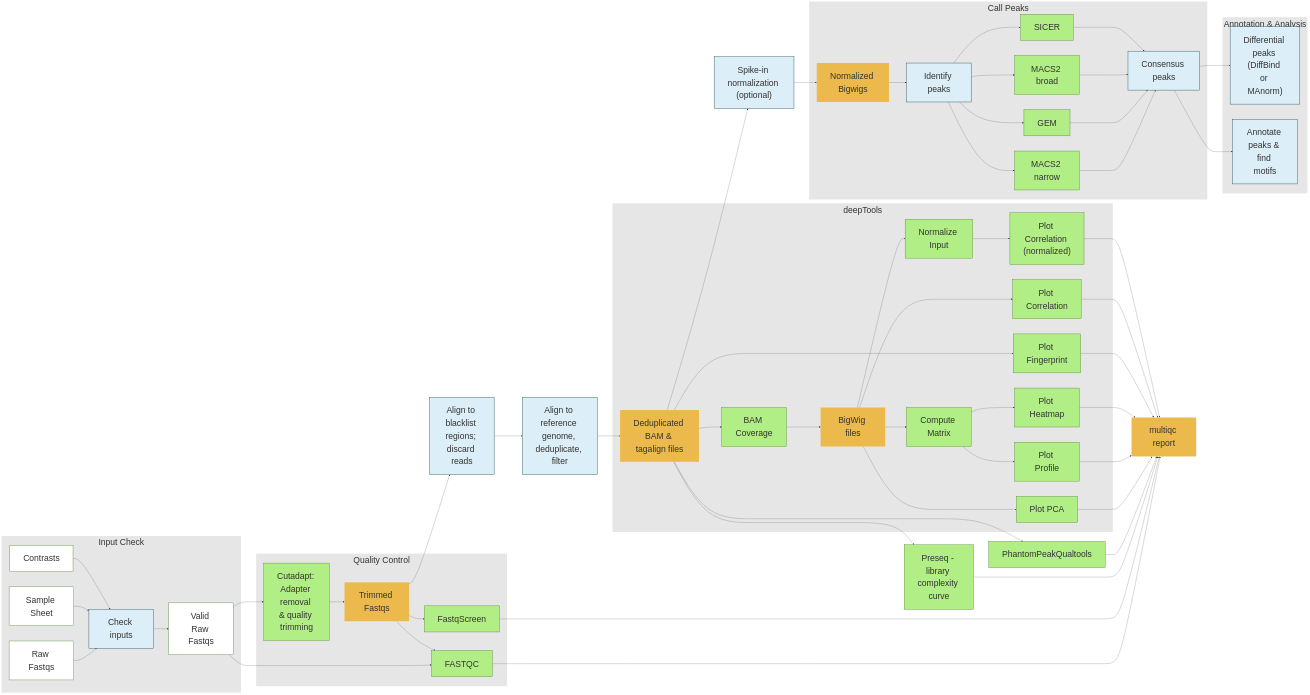
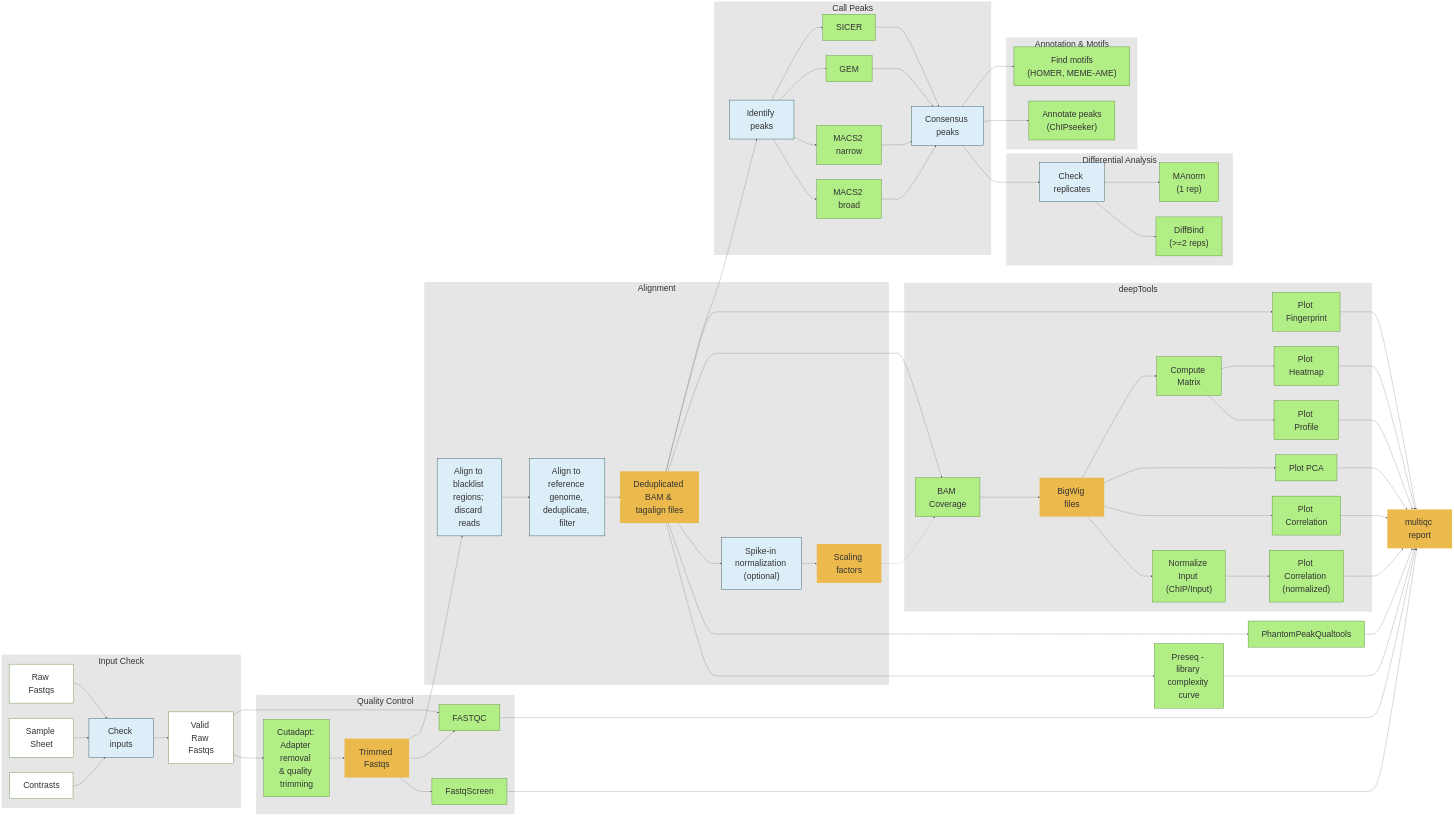
The diagram in docs/diagram/workflow.mermaid (CCBR/CHAMPAGNE), drawn with Mermaid before and after one commit. The commit also changed 3 other files, not shown here.

Commit message:
docs: update diagram details

```diff
--- a/docs/diagram/workflow.mermaid
+++ b/docs/diagram/workflow.mermaid
@@ -1,102 +1,115 @@
 flowchart LR
 
 %%{init: {
   "themeVariables": {
      "background": "transparent",
      "fontSize": "45px" },
   "flowchart": {
     "nodeSpacing": 80,
     "rankSpacing": 80,
     "padding": 35,
     "htmlLabels": true
 }}}%%
 
   %% Input
-  subgraph INPUT["Input Check"]
+  subgraph INPUT["<span style='white-space:nowrap'>Input Check</span>"]
     Raw["Raw Fastqs"]:::input
     Raw --> Check["Check inputs"]:::process
     Samplesheet["Sample Sheet"]:::input --> Check
     Contrasts:::input --> Check
     Check --> valid_raw["Valid Raw Fastqs"]:::input
   end
 
 
   %% Quality Control
-  subgraph QC["Quality Control"]
+  subgraph QC["<span style='white-space:nowrap'>Quality Control</span>"]
     valid_raw --> Trimming["Cutadapt: Adapter removal & quality trimming"]:::tool
     Trimming --> Trimmed["Trimmed Fastqs"]:::output
     Trimmed --> fqscreen["FastqScreen"]:::tool
     valid_raw --> fqc["FASTQC"]:::tool
     Trimmed --> fqc
   end
-  fqc --> MultiQC["multiqc report"]:::output
-  fqscreen --> MultiQC
+
+%% make sure MultiQC is outside any subgraph
+fqc --> MultiQC["multiqc report"]:::output
+fqscreen --> MultiQC
+
+%% Library & Complexity Assessment
+BAMs --> preseq["Preseq - library complexity curve"]:::tool
+BAMs --> ppqt["PhantomPeakQualtools"]:::tool
+preseq ---> MultiQC
+ppqt --> MultiQC
 
   %% Alignment
-  Trimmed --> Blacklist["Align to blacklist regions; discard reads"]:::process
-  Blacklist --> Align["Align to reference genome, deduplicate, filter"]:::process
-  Align --> BAMs["Deduplicated BAM & tagalign files"]:::output
+  subgraph ALIGNMENT["Alignment"]
+    Trimmed --> Blacklist["Align to blacklist regions; discard reads"]:::process
+    Blacklist --> Align["Align to reference genome, deduplicate, filter"]:::process
+    Align --> BAMs["Deduplicated BAM & tagalign files"]:::output
+    %% Normalization
+    BAMs --> Spike["Spike-in normalization (optional)"]:::process
+    Spike --> Scale["Scaling factors"]:::output
+  end
 
-  %% Library & Complexity Assessment
-  BAMs --> preseq["Preseq - library complexity curve"]:::tool
-  BAMs --> ppqt["PhantomPeakQualtools"]:::tool
-  preseq ---> MultiQC
-  ppqt --> MultiQC
-
-  %% Normalization
-  BAMs --> Spike["Spike-in normalization (optional)"]:::process
-  Spike --> NormBigwigs["Normalized Bigwigs"]:::output
 
   %% deepTools Analysis
   subgraph DEEPTOOLS["deepTools"]
     BAMs --> BAMcov["BAM Coverage"]:::tool
     BAMcov --> Bigwig["BigWig files"]:::output
-    Bigwig --> Normalize["Normalize Input"]:::tool
+    Bigwig --> Normalize["Normalize Input (ChIP/Input)"]:::tool
     Bigwig --> Correlation["Plot Correlation"]:::tool
     Bigwig --> PCA["Plot PCA"]:::tool
     Normalize --> CorrelationNorm["Plot Correlation (normalized)"]:::tool
     Bigwig --> Matrix["Compute Matrix"]:::tool
     Matrix --> Profile["Plot Profile"]:::tool
     Matrix --> Heatmap["Plot Heatmap"]:::tool
     BAMs --> Fingerprint["Plot Fingerprint"]:::tool
 
   end
 
+  Scale -.-> BAMcov
+
   PCA --> MultiQC
   Profile --> MultiQC
   Heatmap --> MultiQC
   Fingerprint --> MultiQC
   Correlation --> MultiQC
   CorrelationNorm --> MultiQC
 
   %% Peak Calling
-  subgraph PEAK["<span style='white-space:nowrap'>Call&nbsp;Peaks</span>"]
-    NormBigwigs --> Peakcalling["Identify peaks"]:::process
+  subgraph PEAK["<span style='white-space:nowrap'>Call Peaks</span>"]
+    BAMs --> Peakcalling["Identify peaks"]:::process
     Peakcalling --> MACS2broad["MACS2 broad"]:::tool
     Peakcalling --> MACS2narrow["MACS2 narrow"]:::tool
     Peakcalling --> GEM["GEM"]:::tool
     Peakcalling --> SICER["SICER"]:::tool
     MACS2narrow --> Consensus["Consensus peaks"]:::process
     GEM --> Consensus
     MACS2broad --> Consensus
     SICER --> Consensus
   end
 
-  %% Downstream Analysis
-  subgraph DOWNSTREAM["Annotation & Analysis"]
-    Consensus --> Diffbind["Differential peaks (DiffBind or MAnorm)"]:::process
-    Consensus --> Annotate["Annotate peaks & find motifs"]:::process
+  subgraph DIFFERENTIAL["<span style='white-space:nowrap'>Differential Analysis</span>"]
+    Consensus --> RepCheck["Check replicates"]:::process
+    RepCheck --> Diffbind["<span style='white-space:nowrap'>DiffBind<br>(>=2 reps)</span>"]:::tool
+    RepCheck --> Manorm["<span style='white-space:nowrap'>MAnorm<br>(1 rep)</span>"]:::tool
+  end
+
+  subgraph ANNOTATION["<span style='white-space:nowrap'>Annotation &amp; Motifs</span>"]
+    Consensus --> Annotate["<span style='white-space:nowrap'>Annotate peaks<br>(ChIPseeker)</span>"]:::tool
+    Consensus --> Motifs["<span style='white-space:nowrap'>Find motifs<br>(HOMER, MEME-AME)</span>"]:::tool
   end
 
   %% Styles - FNL branding theme
   classDef input fill:#ffffff,stroke:#528230,stroke-width:2px;
   classDef process fill:#dceef7,stroke:#19424e,stroke-width:2px;
   classDef tool fill:#b1ee85,stroke:#528230,stroke-width:2px;
   classDef output fill:#ecba4c,stroke:none;
 
   %% Subgraph styling
   style INPUT fill:#e6e6e6,stroke:none;
   style QC fill:#e6e6e6,stroke:none;
+  style ALIGNMENT fill:#e6e6e6,stroke:none;
   style DEEPTOOLS fill:#e6e6e6,stroke:none;
   style PEAK fill:#e6e6e6,stroke:none;
-  style DOWNSTREAM fill:#e6e6e6,stroke:none;
+  style DIFFERENTIAL fill:#e6e6e6,stroke:none;
+  style ANNOTATION fill:#e6e6e6,stroke:none;
```
